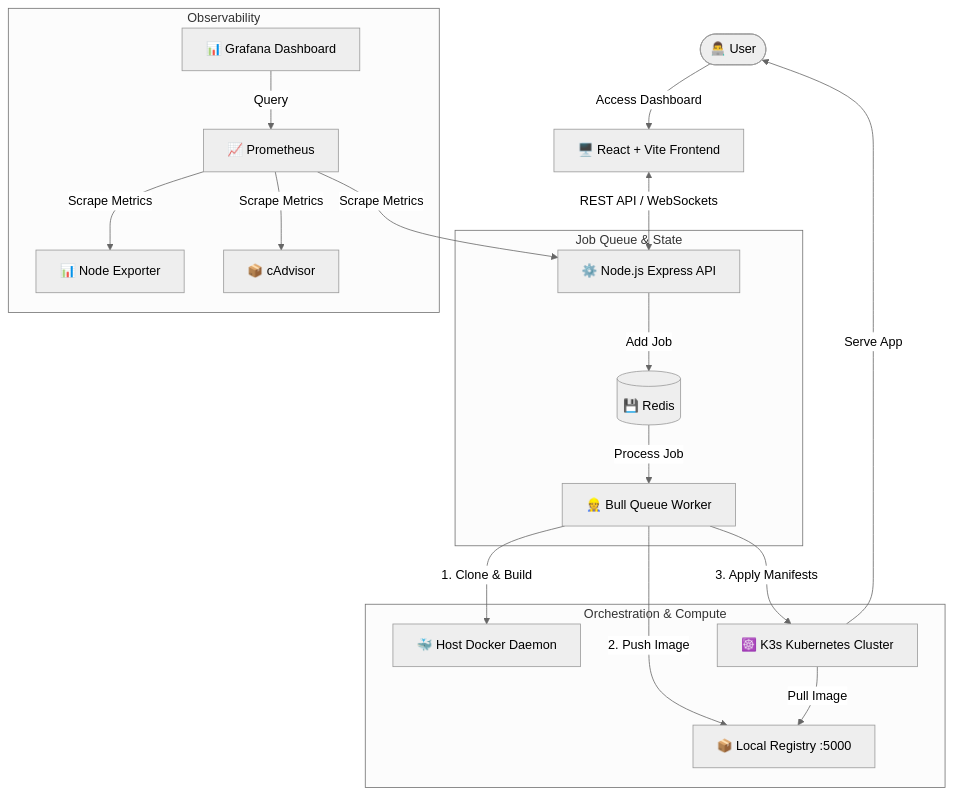
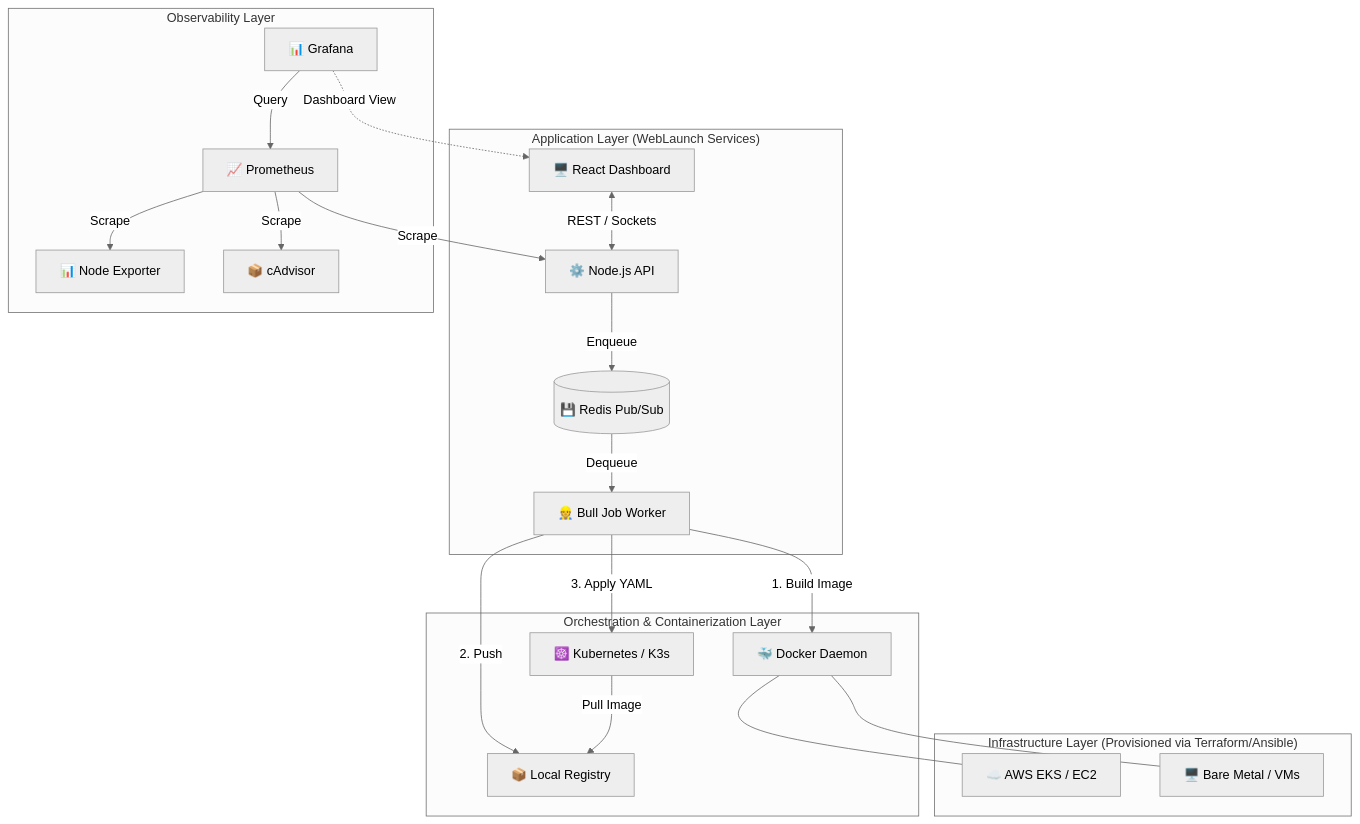
Before and after one commit to shivamkadam63s/weblaunch: the first of 2 diagrams in README.md, drawn with Mermaid (neutral theme). The commit also changed other lines of this file, not shown here.

Commit message:
docs: massively expand README with Terraform, Ansible, and detailed explanations

````diff
--- a/README.md
+++ b/README.md
@@ -60,26 +96,34 @@
 ```mermaid
 graph TD
-    User([👨‍💻 User]) -->|Access Dashboard| Frontend[🖥️ React + Vite Frontend]
-    Frontend <-->|REST API / WebSockets| Backend[⚙️ Node.js Express API]
-    
-    subgraph "Job Queue & State"
-        Backend -->|Add Job| Redis[(💾 Redis)]
-        Redis -->|Process Job| Worker[👷 Bull Queue Worker]
+    subgraph "Application Layer (WebLaunch Services)"
+        UI[🖥️ React Dashboard]
+        API[⚙️ Node.js API]
+        Queue[👷 Bull Job Worker]
+        UI <-->|REST / Sockets| API
+        API -->|Enqueue| Redis[(💾 Redis Pub/Sub)]
+        Redis -->|Dequeue| Queue
     end
 
-    subgraph "Orchestration & Compute"
-        Worker -->|1. Clone & Build| DockerDaemon[🐳 Host Docker Daemon]
-        Worker -->|2. Push Image| Registry[📦 Local Registry :5000]
-        Worker -->|3. Apply Manifests| K3s[☸️ K3s Kubernetes Cluster]
+    subgraph "Orchestration & Containerization Layer"
+        Queue -->|1. Build Image| DockerDaemon[🐳 Docker Daemon]
+        Queue -->|2. Push| Registry[📦 Local Registry]
+        Queue -->|3. Apply YAML| K3s[☸️ Kubernetes / K3s]
         K3s -->|Pull Image| Registry
     end
 
-    subgraph "Observability"
-        Prometheus[📈 Prometheus] -->|Scrape Metrics| Backend
-        Prometheus -->|Scrape Metrics| NodeExporter[📊 Node Exporter]
-        Prometheus -->|Scrape Metrics| cAdvisor[📦 cAdvisor]
-        Grafana[📊 Grafana Dashboard] -->|Query| Prometheus
+    subgraph "Observability Layer"
+        Prometheus[📈 Prometheus] -->|Scrape| API
+        Prometheus -->|Scrape| NodeExporter[📊 Node Exporter]
+        Prometheus -->|Scrape| cAdvisor[📦 cAdvisor]
+        Grafana[📊 Grafana] -->|Query| Prometheus
+        Grafana -.->|Dashboard View| UI
     end
 
-    K3s -->|Serve App| User
+    subgraph "Infrastructure Layer (Provisioned via Terraform/Ansible)"
+        AWS[☁️ AWS EKS / EC2]
+        BareMetal[🖥️ Bare Metal / VMs]
+    end
+
+    DockerDaemon --- AWS
+    DockerDaemon --- BareMetal
 ```
````
